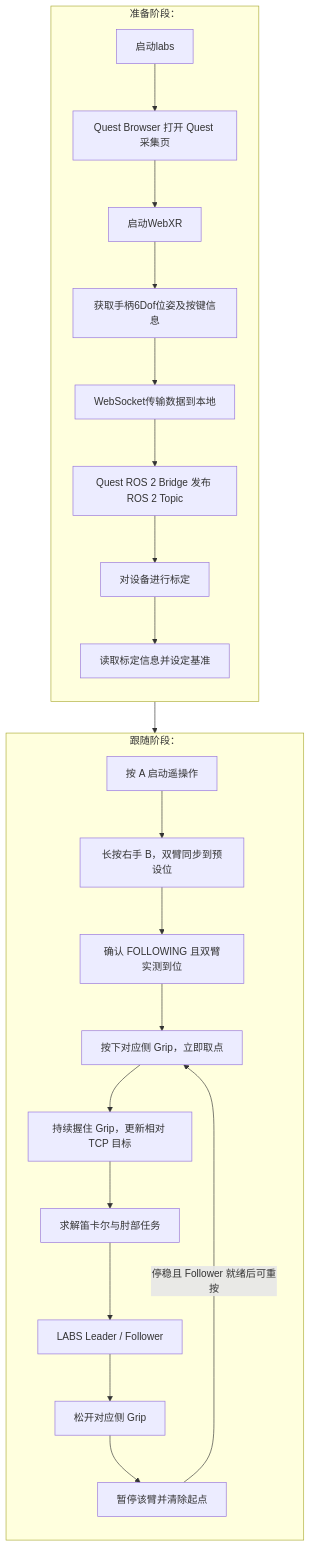
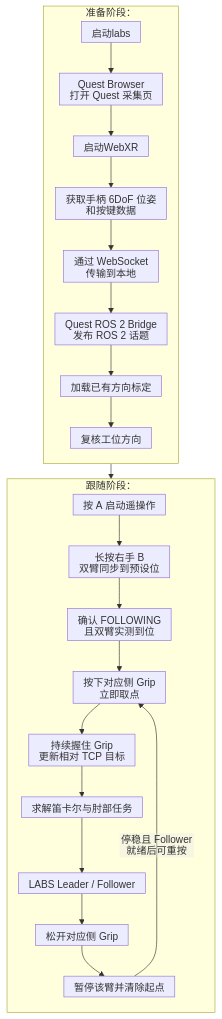
The third of 7 diagrams in Quest.md (YYxzz8866/Quest-Proposal), drawn with Mermaid before and after one commit. The commit also changed other lines of this file and 9 other files, not shown here.

````diff
--- a/Quest.md
+++ b/Quest.md
@@ -302,43 +304,44 @@
 ```mermaid
+%%{init: {"htmlLabels": false, "flowchart": {"htmlLabels": false, "useMaxWidth": true, "nodeSpacing": 16, "rankSpacing": 24, "padding": 8}}}%%
 flowchart TD
     subgraph PREP["准备阶段："]
         direction TB
         N123["启动labs"]
-        N124["Quest Browser 打开 Quest 采集页"]
+        N124["Quest Browser<br/>打开 Quest 采集页"]
         N125["启动WebXR"]
-        N126["获取手柄6Dof位姿及按键信息"]
-        N127["WebSocket传输数据到本地"]
-        N128["Quest ROS 2 Bridge 发布 ROS 2 Topic"]
-        N129["对设备进行标定"]
-        N130["读取标定信息并设定基准"]
+        N126["获取手柄 6DoF 位姿<br/>和按键数据"]
+        N127["通过 WebSocket<br/>传输到本地"]
+        N128["Quest ROS 2 Bridge<br/>发布 ROS 2 话题"]
+        N129["加载已有方向标定"]
+        N130["复核工位方向"]
         N123 --> N124
         N124 --> N125
         N125 --> N126
         N126 --> N127
         N127 --> N128
         N128 --> N129
         N129 --> N130
     end
     subgraph FOLLOW["跟随阶段："]
         direction TB
         N132["按 A 启动遥操作"]
-        N133["长按右手 B，双臂同步到预设位"]
-        N134["确认 FOLLOWING 且双臂实测到位"]
-        N135["按下对应侧 Grip，立即取点"]
-        N136["持续握住 Grip，更新相对 TCP 目标"]
+        N133["长按右手 B<br/>双臂同步到预设位"]
+        N134["确认 FOLLOWING<br/>且双臂实测到位"]
+        N135["按下对应侧 Grip<br/>立即取点"]
+        N136["持续握住 Grip<br/>更新相对 TCP 目标"]
         N137["求解笛卡尔与肘部任务"]
         N138["LABS Leader / Follower"]
         N139["松开对应侧 Grip"]
         N140["暂停该臂并清除起点"]
         N132 --> N133
         N133 --> N134
         N134 --> N135
         N135 --> N136
         N136 --> N137
         N137 --> N138
         N138 --> N139
         N139 --> N140
-        N140 -->|停稳且 Follower 就绪后可重按| N135
+        N140 -->|"停稳且 Follower<br/>就绪后可重按"| N135
     end
     N130 --> N132
 ```
````
